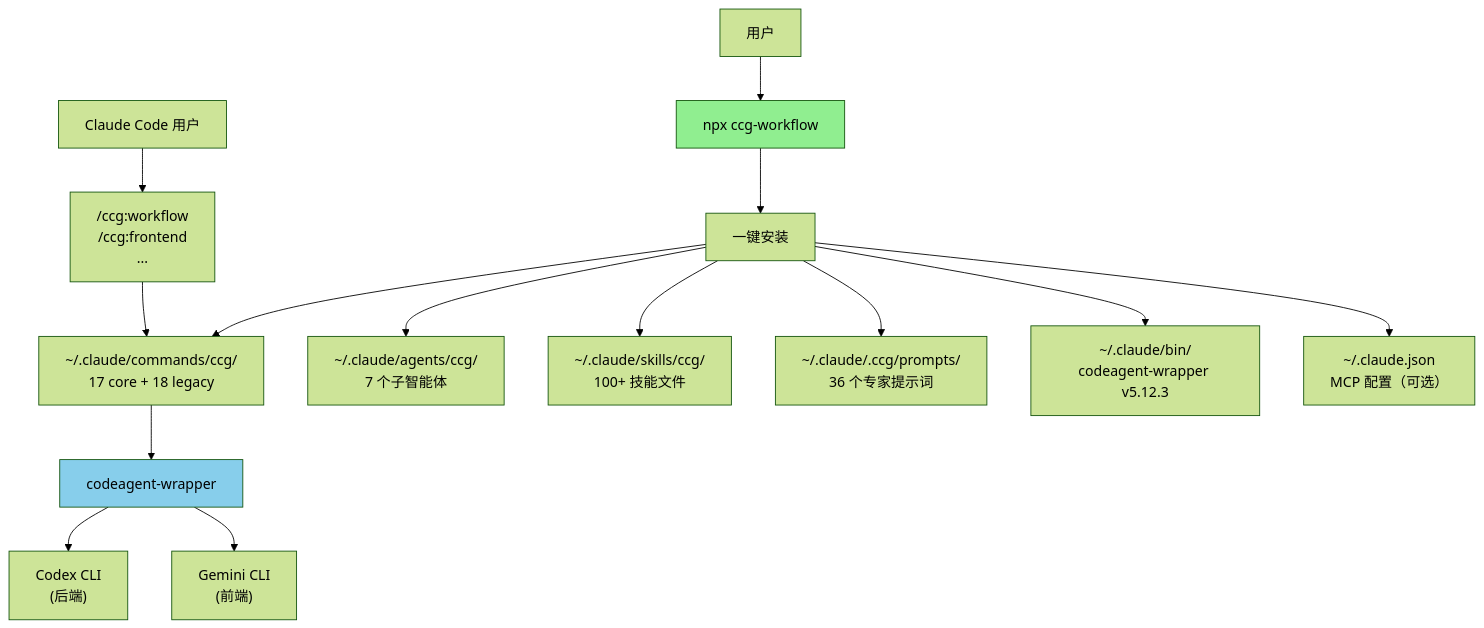
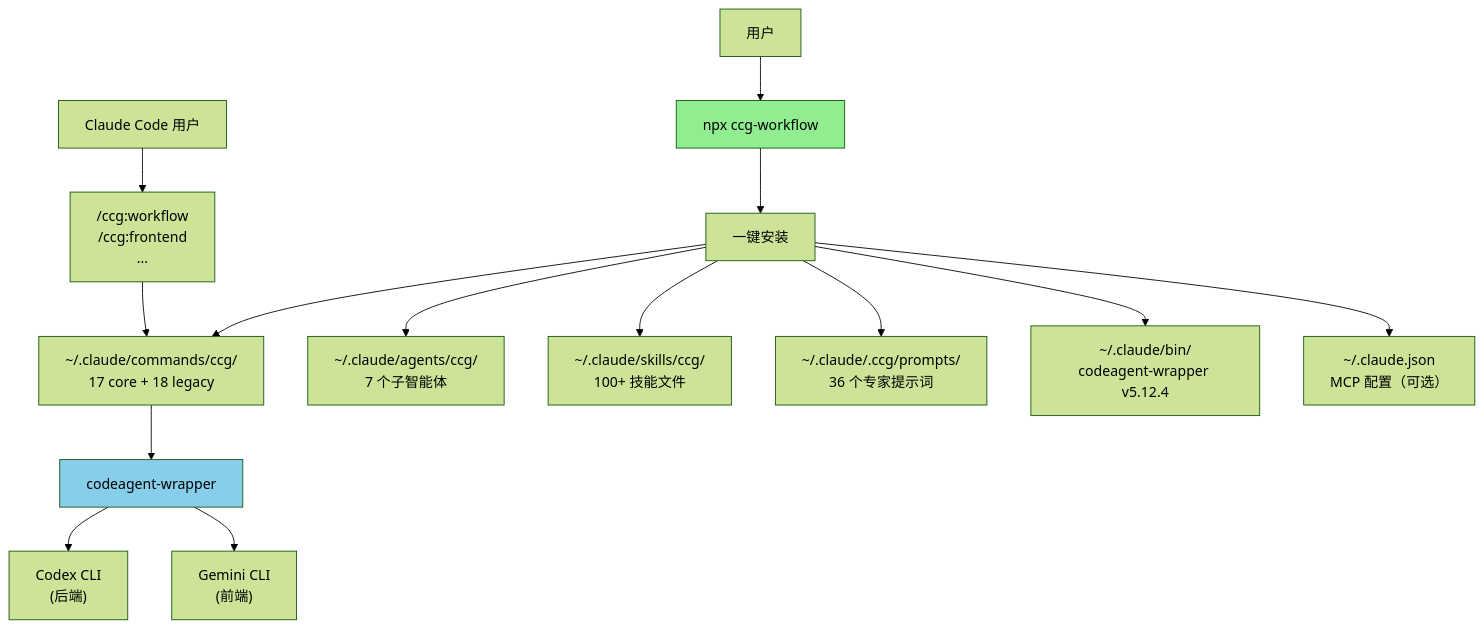
Before and after one commit to jed-zed/ccg-gptpro-worflow: the diagram in CLAUDE.md, drawn with Mermaid (forest theme). The commit also changed other lines of this file and 13 other files, not shown here.

````diff
--- a/CLAUDE.md
+++ b/CLAUDE.md
@@ -691,22 +691,22 @@
 ```mermaid
 graph TD
     User["用户"] --> CLI["npx ccg-workflow"]
     CLI --> Init["一键安装"]
 
     Init --> Commands["~/.claude/commands/ccg/<br/>17 core + 18 legacy"]
     Init --> Agents["~/.claude/agents/ccg/<br/>7 个子智能体"]
     Init --> Skills["~/.claude/skills/ccg/<br/>100+ 技能文件"]
     Init --> Prompts["~/.claude/.ccg/prompts/<br/>36 个专家提示词"]
-    Init --> Binary["~/.claude/bin/<br/>codeagent-wrapper v5.12.3"]
+    Init --> Binary["~/.claude/bin/<br/>codeagent-wrapper v5.12.4"]
     Init --> MCP["~/.claude.json<br/>MCP 配置（可选）"]
 
     User2["Claude Code 用户"] --> SlashCmd["/ccg:workflow<br/>/ccg:frontend<br/>..."]
     SlashCmd --> Commands
 
     Commands --> Wrapper["codeagent-wrapper"]
     Wrapper --> Codex["Codex CLI<br/>(后端)"]
     Wrapper --> Gemini["Gemini CLI<br/>(前端)"]
 
     style CLI fill:#90EE90
     style Wrapper fill:#87CEEB
 ```
````
